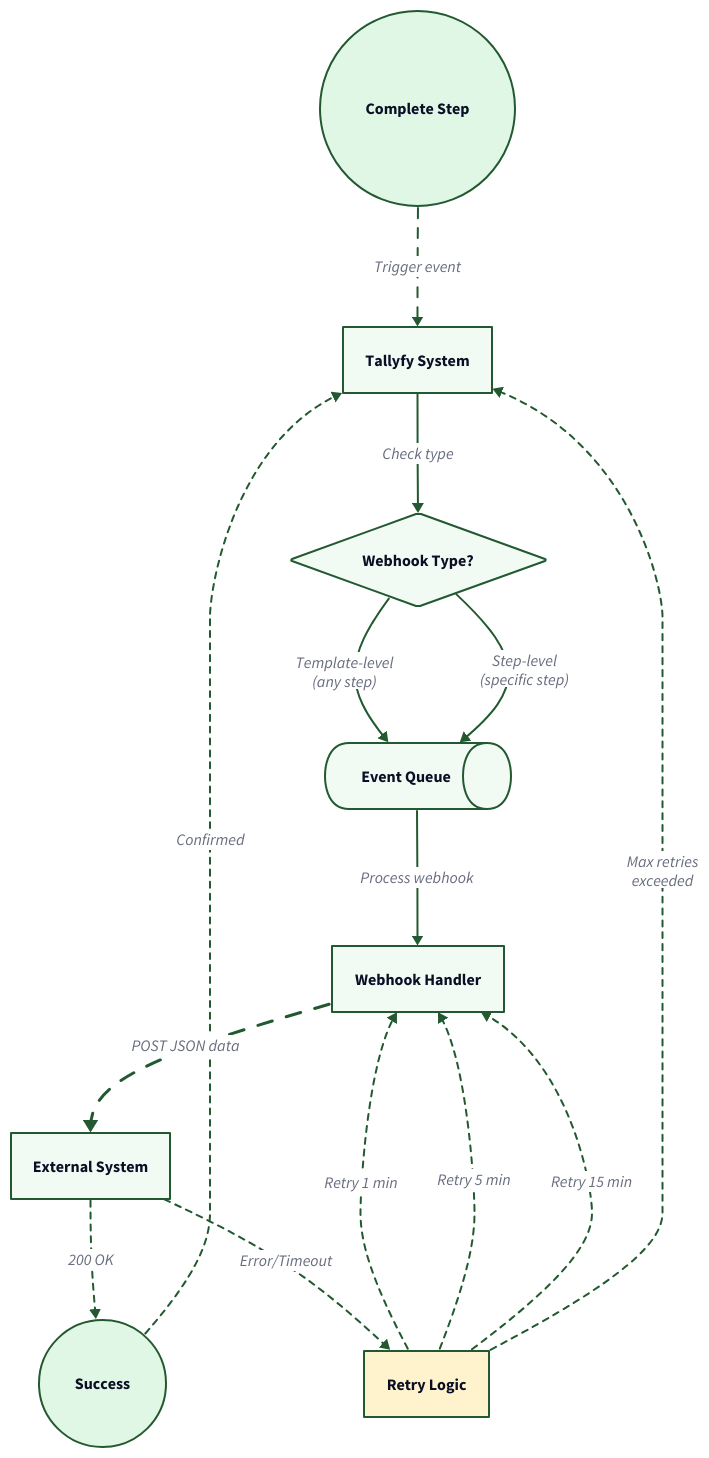
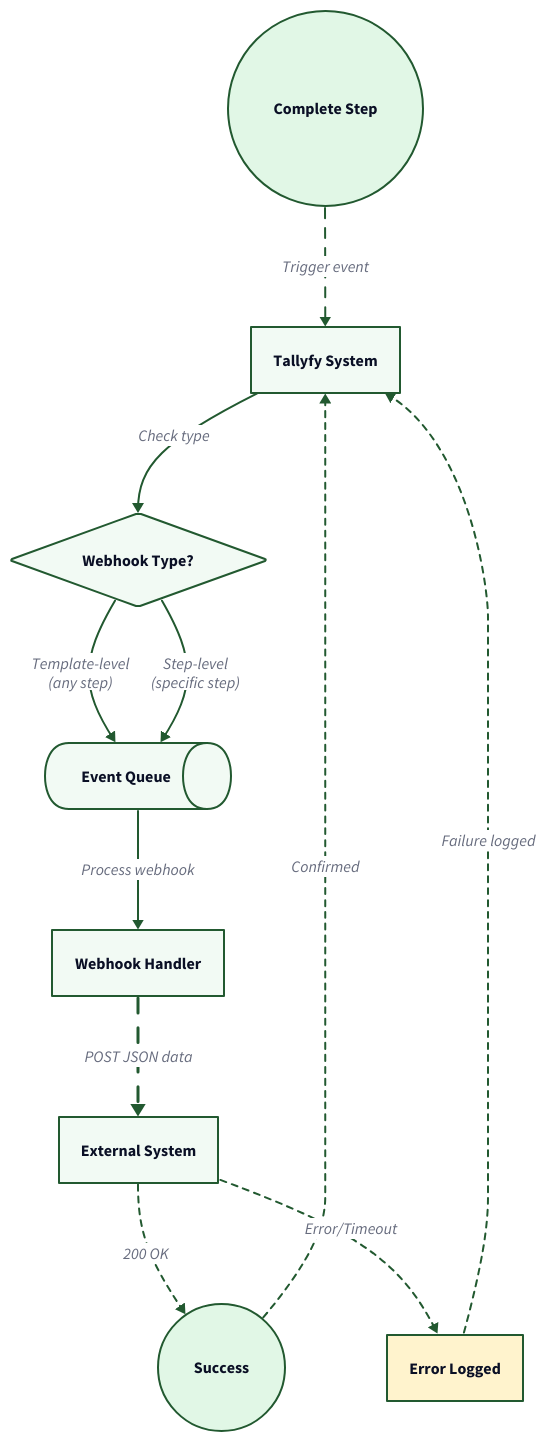
One commit to tallyfy/documentation changed the diagram in src/content/docs/pro/integrations/webhooks/how-to-set-up-webhooks-in-tallyfy.mdx. Above: the diagram before and after it, drawn with D2. The commit also changed other lines of this file and 414 other files, not shown here.

```diff
--- a/src/content/docs/pro/integrations/webhooks/how-to-set-up-webhooks-in-tallyfy.mdx
+++ b/src/content/docs/pro/integrations/webhooks/how-to-set-up-webhooks-in-tallyfy.mdx
@@ -96,7 +97,7 @@
   style.stroke-width: 2
 }
 
-Failure_Handler: Retry Logic {
+Failure_Handler: Error Logged {
   shape: rectangle
   style.fill: "#fff3cd"
   style.stroke: "#225930"
@@ -149,22 +150,7 @@
   style.stroke-dash: 3
 }
 
-Failure_Handler -> Webhook_Handler: Retry 1 min {
-  style.stroke: "#225930"
-  style.stroke-dash: 3
-}
-
-Failure_Handler -> Webhook_Handler: Retry 5 min {
-  style.stroke: "#225930"
-  style.stroke-dash: 3
-}
-
-Failure_Handler -> Webhook_Handler: Retry 15 min {
-  style.stroke: "#225930"
-  style.stroke-dash: 3
-}
-
-Failure_Handler -> Tallyfy: Max retries\nexceeded {
+Failure_Handler -> Tallyfy: Failure logged {
   style.stroke: "#225930"
   style.stroke-dash: 3
 }
```
